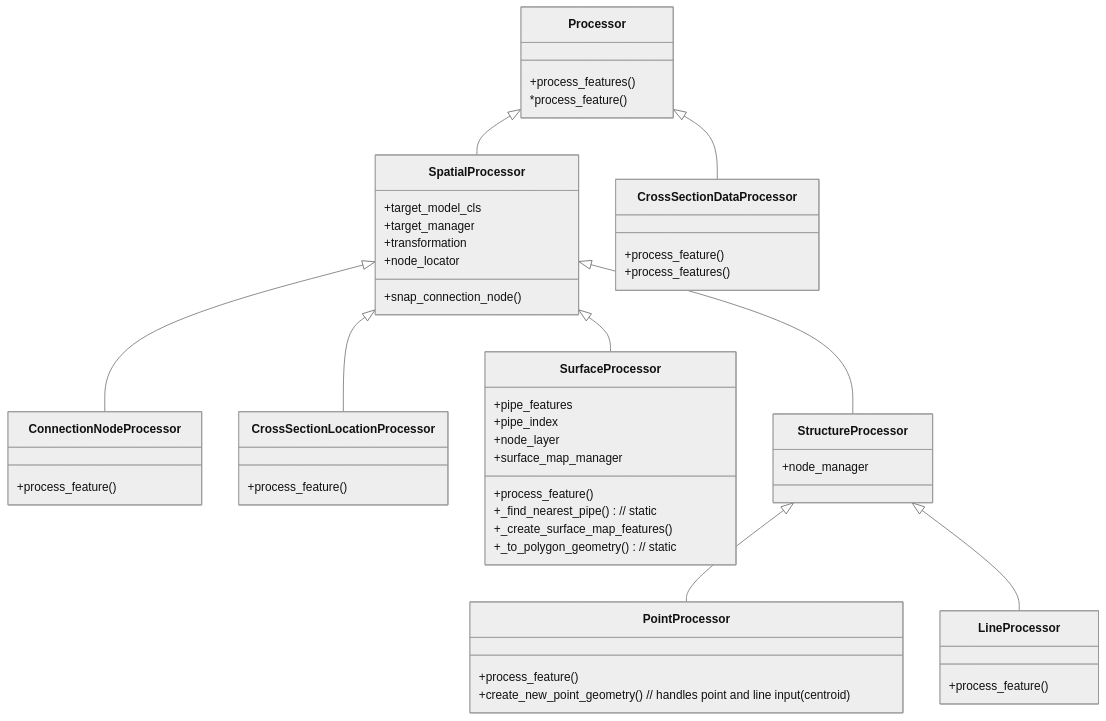
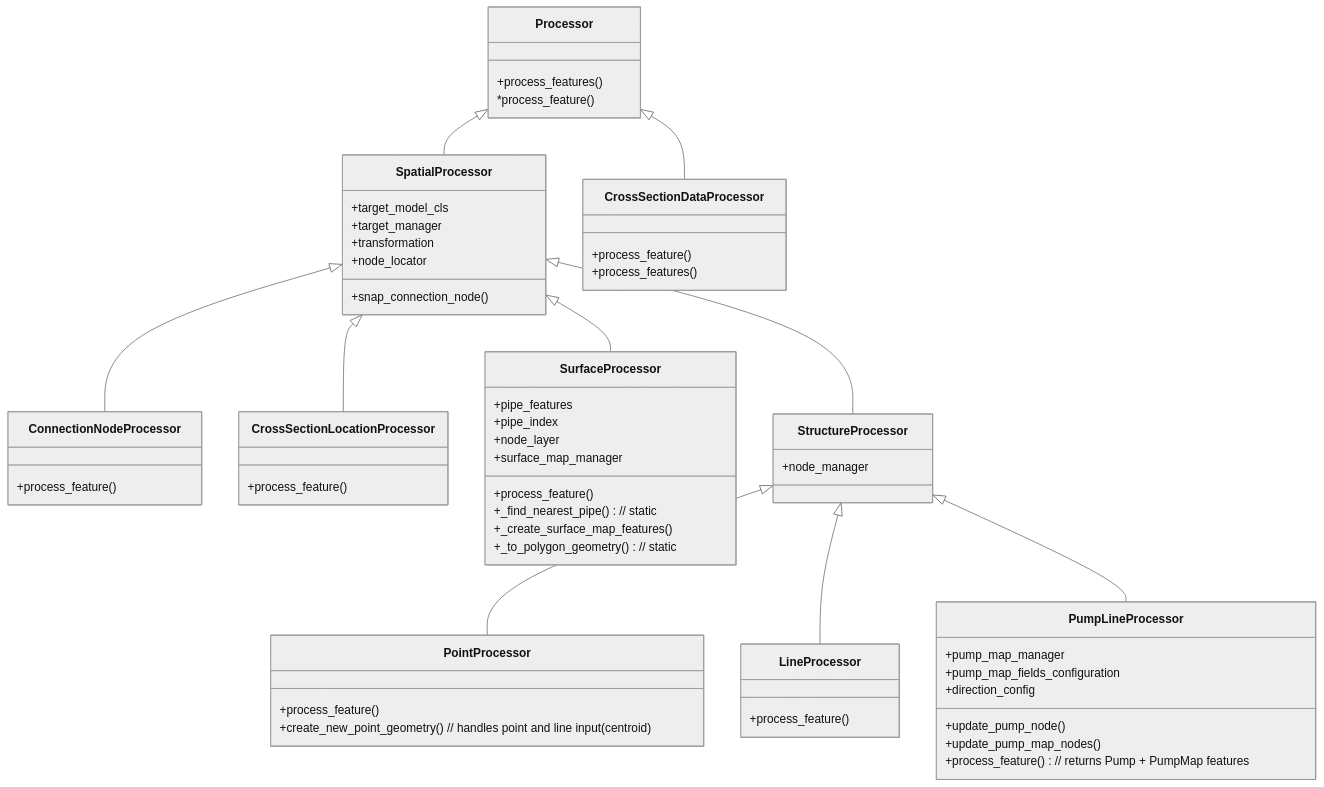
One commit to nens/threedi-schematisation-editor changed the fourth of 5 diagrams in threedi_schematisation_editor/vector_data_importer/DESIGN.md. Above: the diagram before and after it, drawn with Mermaid (neutral theme). The commit also changed other lines of this file, not shown here.

First line of the commit message:
docs(importer): update DESIGN.md for HyDaMo pump line mode

````diff
--- a/threedi_schematisation_editor/vector_data_importer/DESIGN.md
+++ b/threedi_schematisation_editor/vector_data_importer/DESIGN.md
@@ -219,61 +229,71 @@
 ```mermaid
 classDiagram
     Processor <|-- SpatialProcessor
     Processor <|-- CrossSectionDataProcessor
     SpatialProcessor <|-- ConnectionNodeProcessor
     SpatialProcessor <|-- CrossSectionLocationProcessor
     SpatialProcessor <|-- SurfaceProcessor
     SpatialProcessor <|-- StructureProcessor
     StructureProcessor <|-- PointProcessor
     StructureProcessor <|-- LineProcessor
+    StructureProcessor <|-- PumpLineProcessor
 
     class Processor {
         +process_features()
         *process_feature()
     }
     
     class CrossSectionDataProcessor {
         +process_feature()
         +process_features()
     }    
 
     class SpatialProcessor {
         +target_model_cls
         +target_manager
         +transformation
         +node_locator
         +snap_connection_node()
     }
 
     class ConnectionNodeProcessor {
         +process_feature()
     }
     
     class CrossSectionLocationProcessor {
         +process_feature()
     }
 
     class SurfaceProcessor {
         +pipe_features
         +pipe_index
         +node_layer
         +surface_map_manager
         +process_feature()
         +_find_nearest_pipe() // static
         +_create_surface_map_features()
         +_to_polygon_geometry() // static
     }
 
     class StructureProcessor {
         +node_manager
     }
 
     class PointProcessor {
         +process_feature()
         +create_new_point_geometry()  // handles point and line input (centroid)
     }
 
     class LineProcessor {
         +process_feature()
     }
+
+    class PumpLineProcessor {
+        +pump_map_manager
+        +pump_map_fields_configuration
+        +direction_config
+        +update_pump_node()
+        +update_pump_map_nodes()
+        +process_feature()   // returns Pump + PumpMap features
+    }
 ```
````
